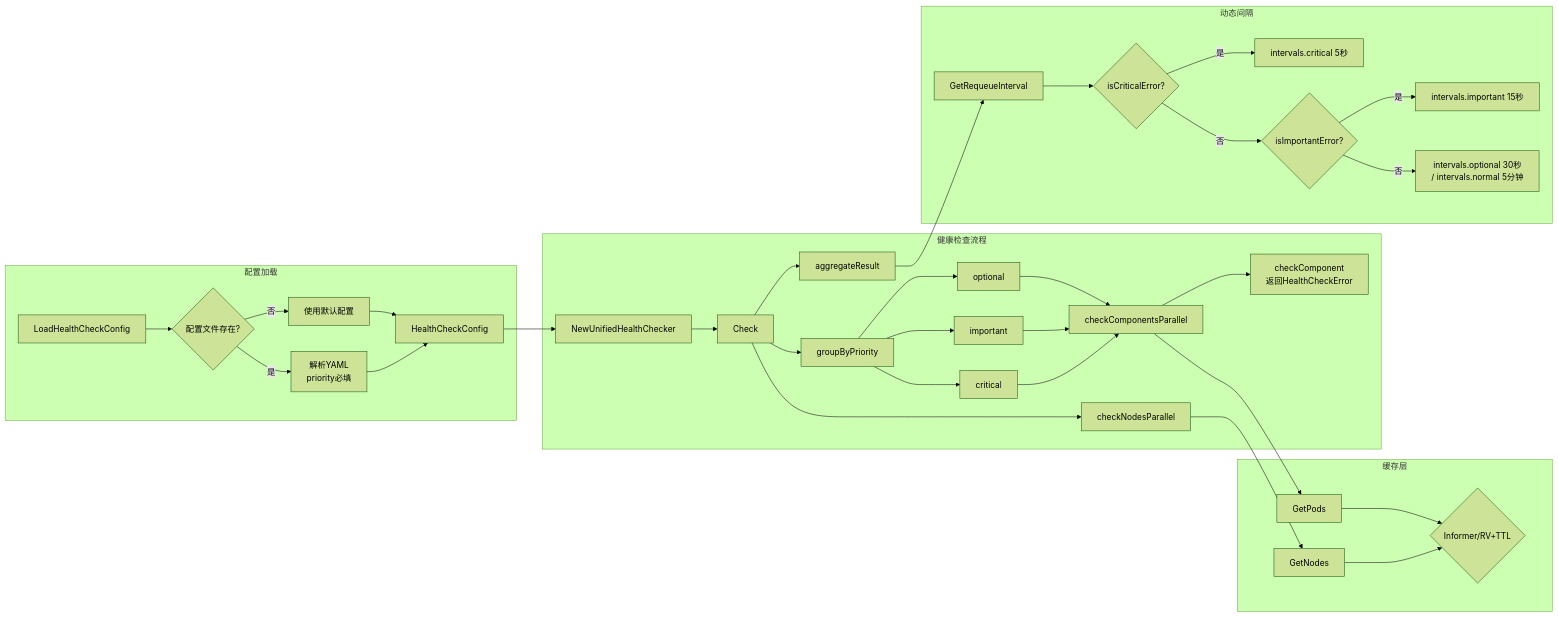
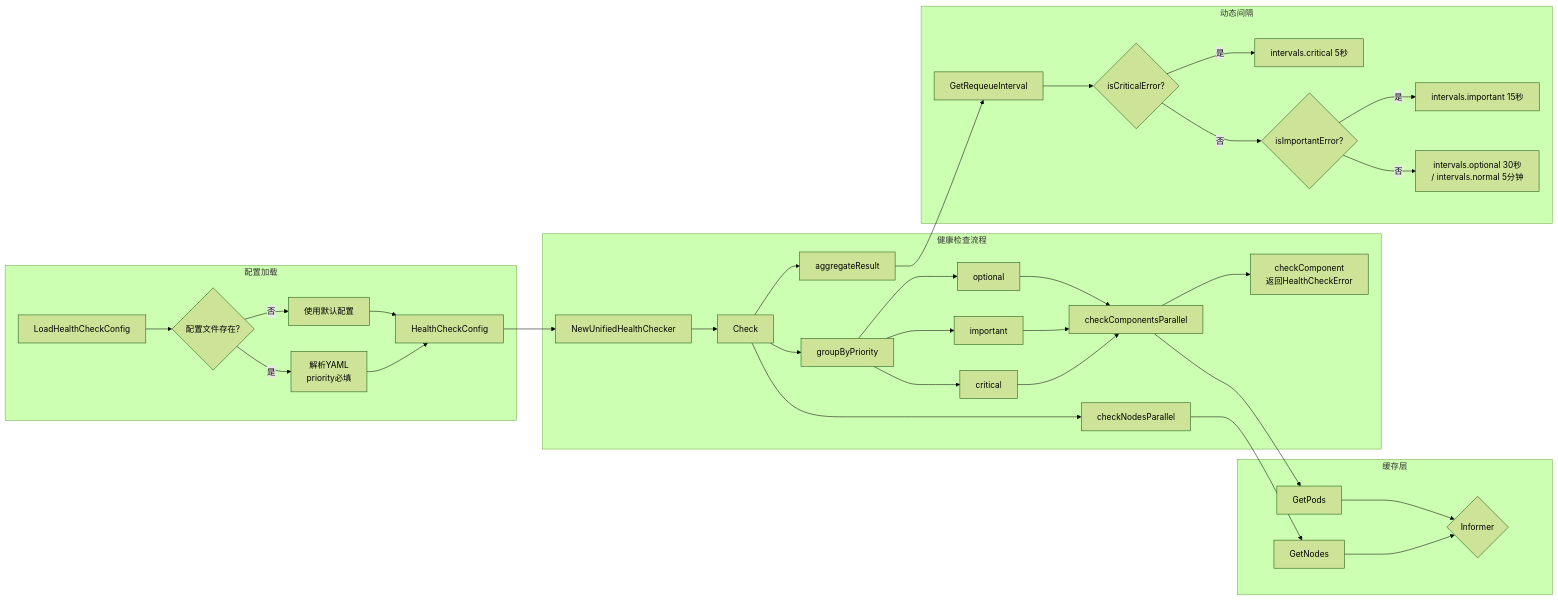
The third of 7 diagrams in code/performance/report/health-check-convergence.md (javadoors/cluster-api-provider-bke), drawn with Mermaid (forest theme) before and after one commit. The commit also changed other lines of this file, not shown here.

First line of the commit message:
docs(health-check): 删除数据流图中的RV+TTL分支

````diff
--- a/code/performance/report/health-check-convergence.md
+++ b/code/performance/report/health-check-convergence.md
@@ -999,41 +997,41 @@
 ```mermaid
 graph LR
     subgraph "配置加载"
         A[LoadHealthCheckConfig] --> B{配置文件存在?}
         B -->|是| C[解析YAML<br/>priority必填]
         B -->|否| D[使用默认配置]
         C --> E[HealthCheckConfig]
         D --> E
     end
     
     subgraph "健康检查流程"
         E --> F[NewUnifiedHealthChecker]
         F --> G[Check]
         G --> H[checkNodesParallel]
         G --> I[groupByPriority]
         I --> I1[critical]
         I --> I2[important]
         I --> I3[optional]
         I1 --> J[checkComponentsParallel]
         I2 --> J
         I3 --> J
         J --> K[checkComponent<br/>返回HealthCheckError]
         G --> L[aggregateResult]
     end
     
     subgraph "缓存层"
         H --> M[GetNodes]
         J --> N[GetPods]
-        M --> O{Informer/RV+TTL}
+        M --> O{Informer}
         N --> O
     end
     
     subgraph "动态间隔"
         L --> P[GetRequeueInterval]
         P --> Q{isCriticalError?}
         Q -->|是| R[intervals.critical 5秒]
         Q -->|否| S{isImportantError?}
         S -->|是| T[intervals.important 15秒]
         S -->|否| U[intervals.optional 30秒<br/>/ intervals.normal 5分钟]
     end
 ```
````
